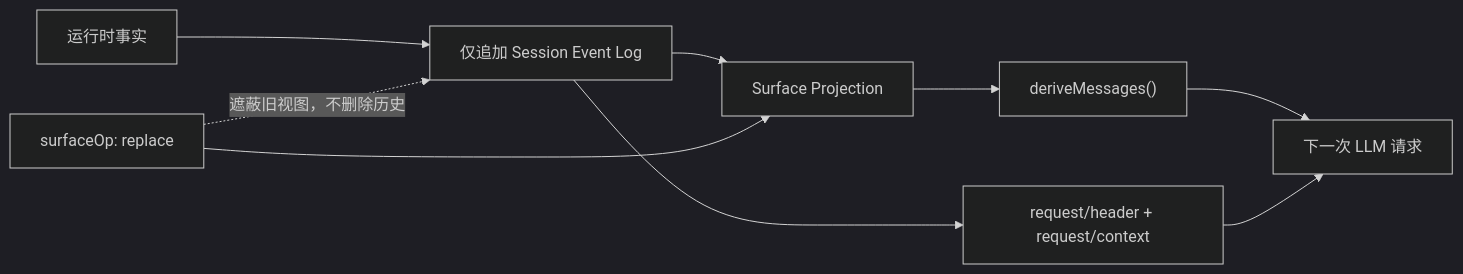
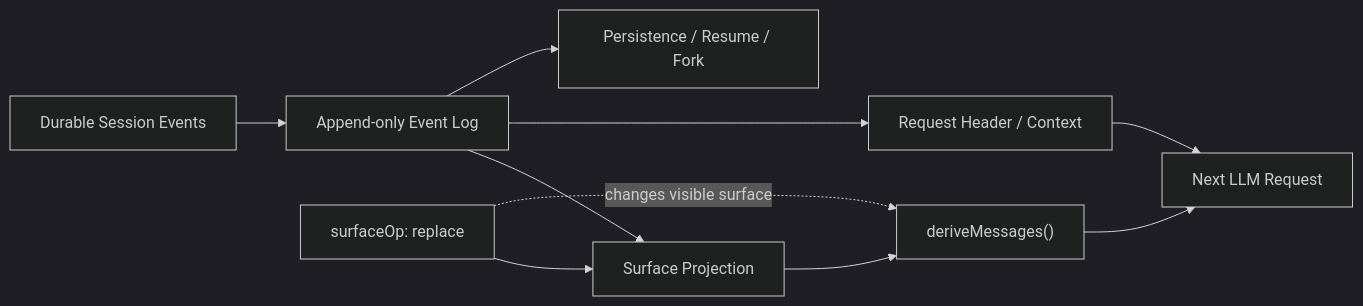
Before and after one commit to 0326/dsh-plugin-market: the diagram in src/react-app/content/whitepaper/v0.1.5-rc.2/05-session-state.md, drawn with Mermaid (dark theme). The commit also changed other lines of this file, not shown here.

Commit message:
docs(whitepaper): deepen session state model

````diff
--- a/src/react-app/content/whitepaper/v0.1.5-rc.2/05-session-state.md
+++ b/src/react-app/content/whitepaper/v0.1.5-rc.2/05-session-state.md
@@ -26,11 +36,12 @@
 ```mermaid id=session-model
 flowchart LR
-  R["运行时事实"] --> L["仅追加 Session Event Log"]
+  E["Durable Session Events"] --> L["Append-only Event Log"]
   L --> S["Surface Projection"]
   S --> M["deriveMessages()"]
-  M --> Q["下一次 LLM 请求"]
-  L --> H["request/header + request/context"]
-  H --> Q
+  M --> Q["Next LLM Request"]
+  L --> R["Request Header / Context"]
+  R --> Q
   X["surfaceOp: replace"] --> S
-  X -. "遮蔽旧视图，不删除历史" .-> L
+  X -. "changes visible surface" .-> M
+  L --> P["Persistence / Resume / Fork"]
 ```
````
